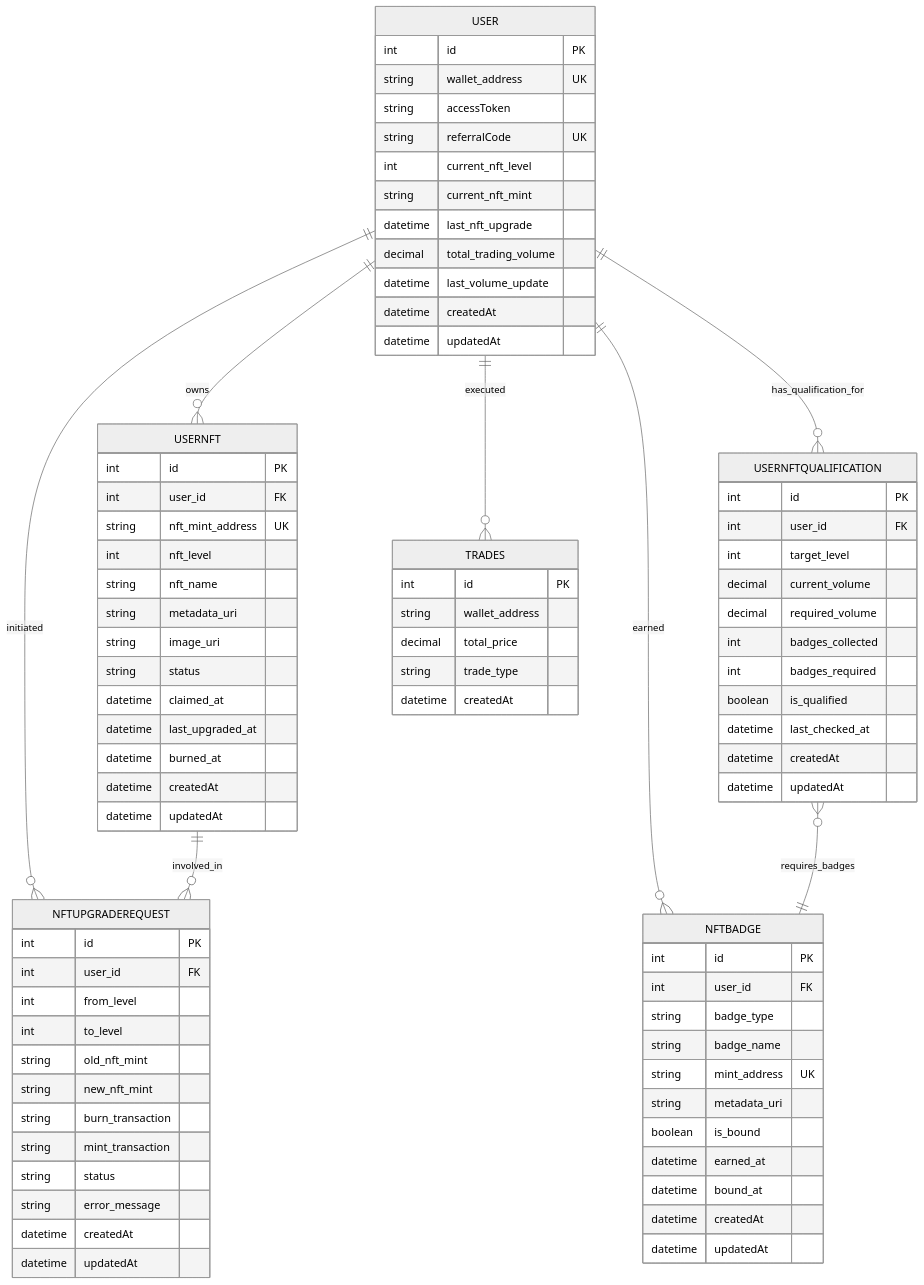
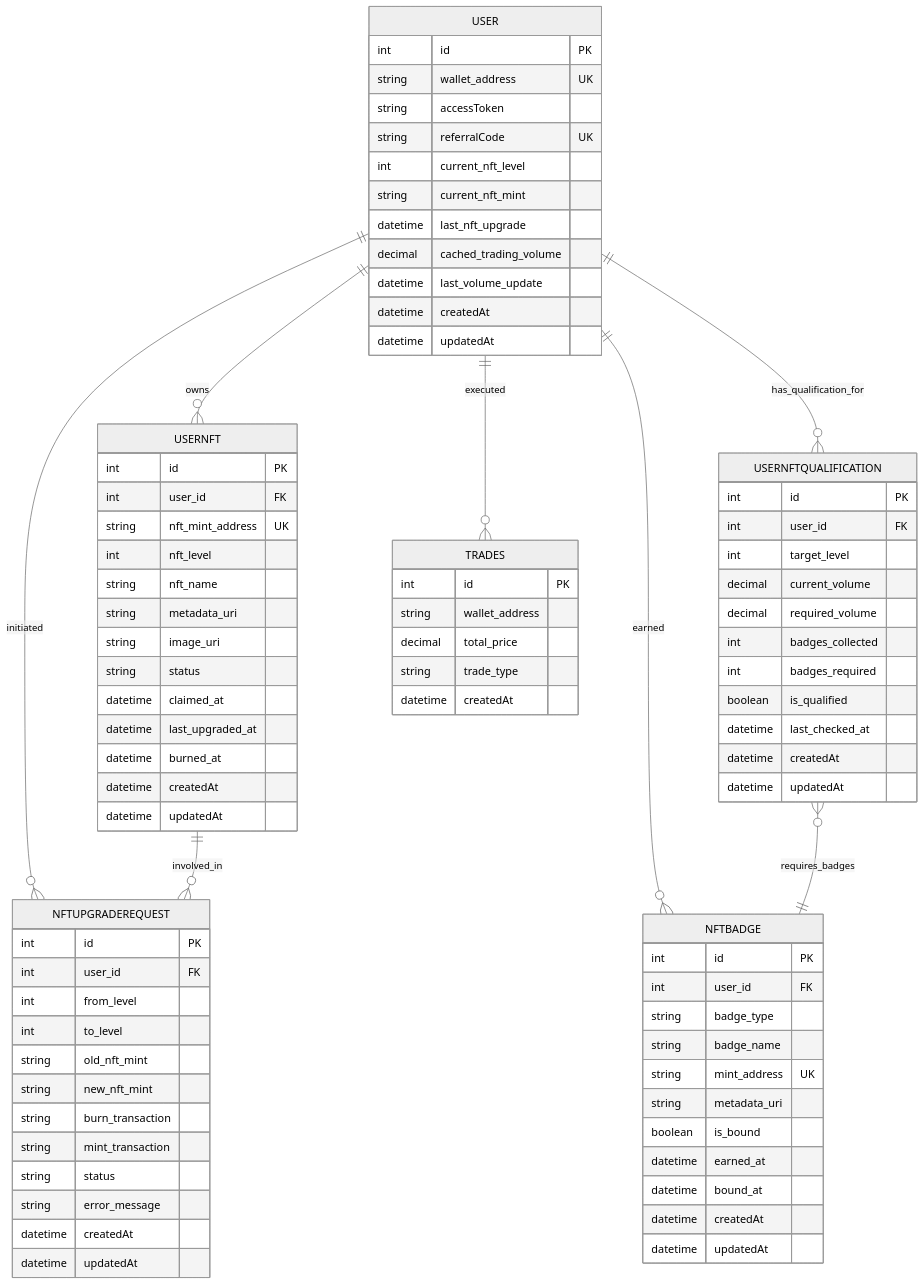
One commit to ljg-cqu/aiw3-nft-solana changed the diagram in docs/AIW3-NFT-Data-Model.md. Above: the diagram before and after it, drawn with Mermaid (neutral theme). The commit also changed 2 other files, not shown here.

Commit message:
refactor: standardize cache operations and rename fields for clarity

```diff
--- a/docs/AIW3-NFT-Data-Model.md
+++ b/docs/AIW3-NFT-Data-Model.md
@@ -575,7 +575,7 @@
         int current_nft_level
         string current_nft_mint
         datetime last_nft_upgrade
-        decimal total_trading_volume
+        decimal cached_trading_volume
         datetime last_volume_update
         datetime createdAt
         datetime updatedAt
```
